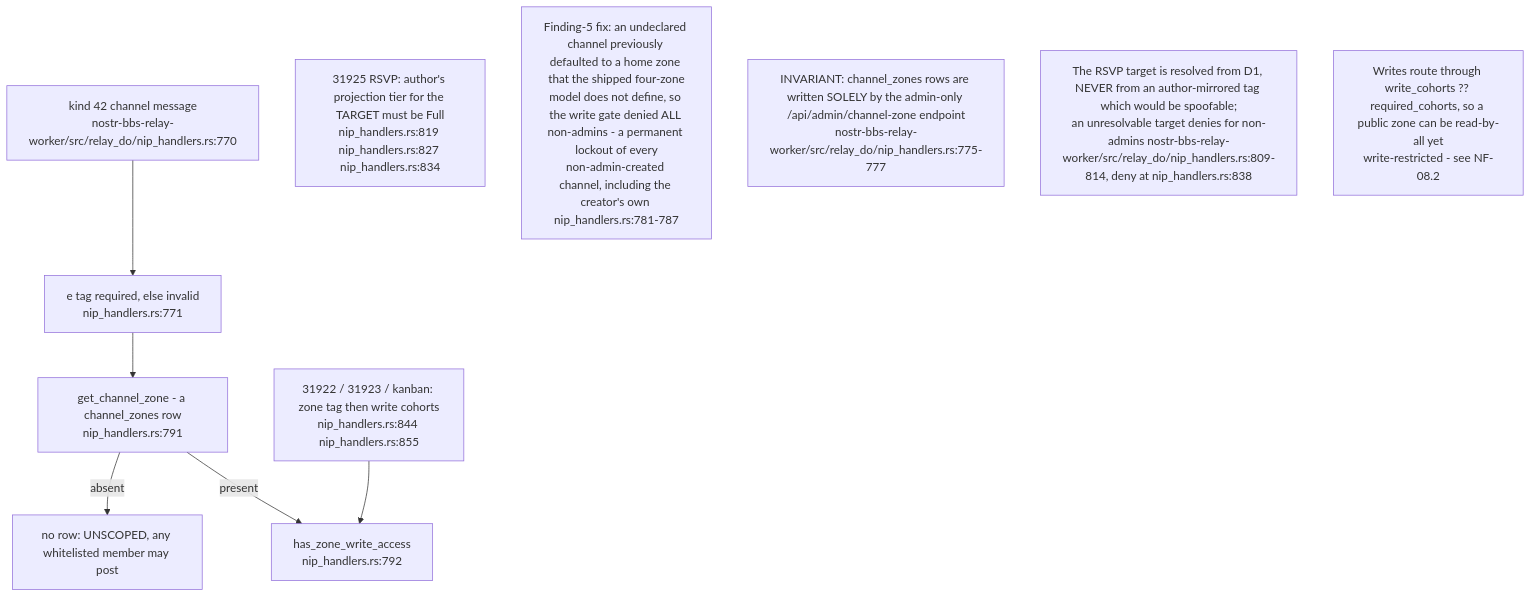
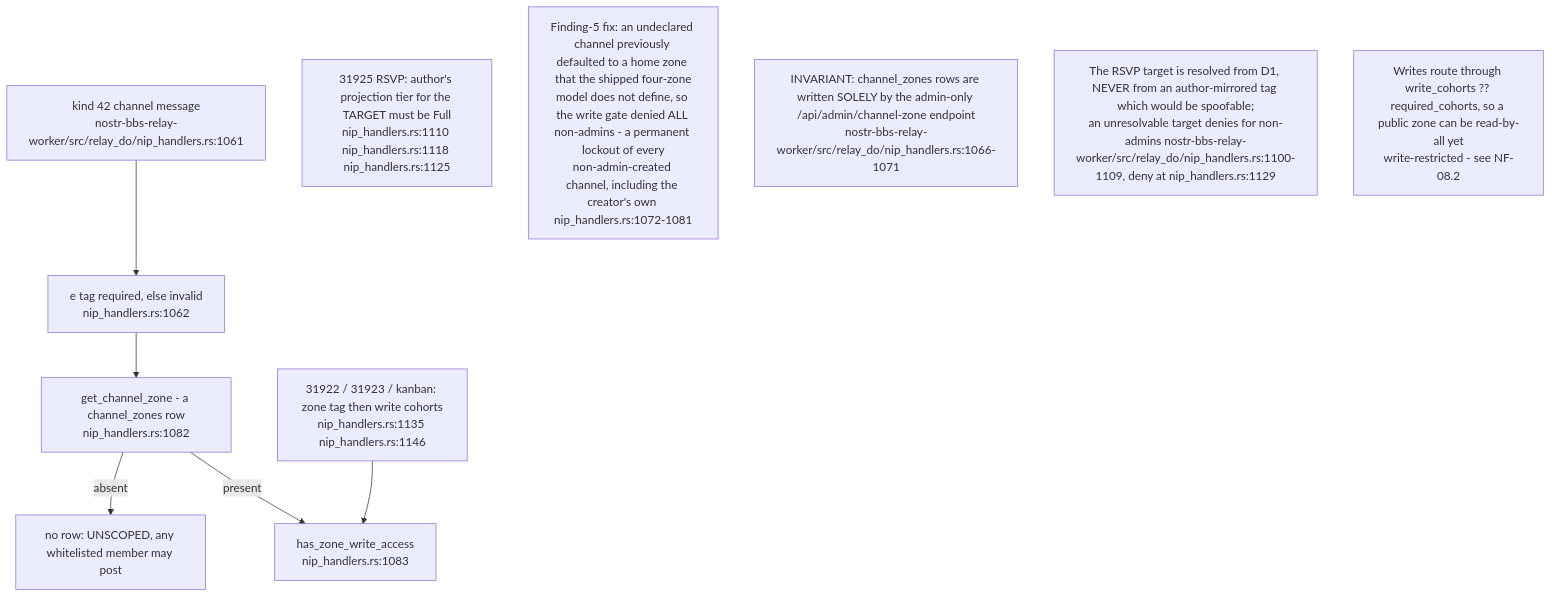
One commit to DreamLab-AI/VisionFlow changed diagram 12 of 14 in docs/diagrams/nostr-rust-forum/03-relay-worker-admission-auth-and-trust.md. Above: the diagram before and after it, drawn with Mermaid. The commit also changed other lines of this file and 11 other files, not shown here.

````diff
--- a/docs/diagrams/nostr-rust-forum/03-relay-worker-admission-auth-and-trust.md
+++ b/docs/diagrams/nostr-rust-forum/03-relay-worker-admission-auth-and-trust.md
@@ -313,20 +318,20 @@
 ```mermaid
 flowchart TB
-    K42["kind 42 channel message<br/>nostr-bbs-relay-worker/src/relay_do/nip_handlers.rs:770"]
-    ETAG["e tag required, else invalid<br/>nip_handlers.rs:771"]
-    CZ["get_channel_zone - a channel_zones row<br/>nip_handlers.rs:791"]
+    K42["kind 42 channel message<br/>nostr-bbs-relay-worker/src/relay_do/nip_handlers.rs:1061"]
+    ETAG["e tag required, else invalid<br/>nip_handlers.rs:1062"]
+    CZ["get_channel_zone - a channel_zones row<br/>nip_handlers.rs:1082"]
     UNSCOPED["no row: UNSCOPED, any whitelisted member may post"]
-    WGATE["has_zone_write_access<br/>nip_handlers.rs:792"]
-    CAL["31922 / 31923 / kanban: zone tag then write cohorts<br/>nip_handlers.rs:844 nip_handlers.rs:855"]
-    RSVP["31925 RSVP: author's projection tier for the TARGET must be Full<br/>nip_handlers.rs:819 nip_handlers.rs:827 nip_handlers.rs:834"]
+    WGATE["has_zone_write_access<br/>nip_handlers.rs:1083"]
+    CAL["31922 / 31923 / kanban: zone tag then write cohorts<br/>nip_handlers.rs:1135 nip_handlers.rs:1146"]
+    RSVP["31925 RSVP: author's projection tier for the TARGET must be Full<br/>nip_handlers.rs:1110 nip_handlers.rs:1118 nip_handlers.rs:1125"]
 
     K42 --> ETAG --> CZ
     CZ -->|"absent"| UNSCOPED
     CZ -->|"present"| WGATE
     CAL --> WGATE
 
-    N1["Finding-5 fix: an undeclared channel previously defaulted to a home zone that the shipped four-zone<br/>model does not define, so the write gate denied ALL non-admins - a permanent lockout of every<br/>non-admin-created channel, including the creator's own nip_handlers.rs:781-787"]
-    N2["INVARIANT: channel_zones rows are written SOLELY by the admin-only /api/admin/channel-zone endpoint<br/>nostr-bbs-relay-worker/src/relay_do/nip_handlers.rs:775-777"]
-    N3["The RSVP target is resolved from D1, NEVER from an author-mirrored tag which would be spoofable;<br/>an unresolvable target denies for non-admins nostr-bbs-relay-worker/src/relay_do/nip_handlers.rs:809-814, deny at nip_handlers.rs:838"]
+    N1["Finding-5 fix: an undeclared channel previously defaulted to a home zone that the shipped four-zone<br/>model does not define, so the write gate denied ALL non-admins - a permanent lockout of every<br/>non-admin-created channel, including the creator's own nip_handlers.rs:1072-1081"]
+    N2["INVARIANT: channel_zones rows are written SOLELY by the admin-only /api/admin/channel-zone endpoint<br/>nostr-bbs-relay-worker/src/relay_do/nip_handlers.rs:1066-1071"]
+    N3["The RSVP target is resolved from D1, NEVER from an author-mirrored tag which would be spoofable;<br/>an unresolvable target denies for non-admins nostr-bbs-relay-worker/src/relay_do/nip_handlers.rs:1100-1109, deny at nip_handlers.rs:1129"]
     N4["Writes route through write_cohorts ?? required_cohorts, so a public zone can be read-by-all yet<br/>write-restricted - see NF-08.2"]
 ```
````
